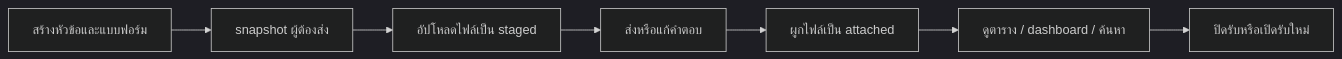
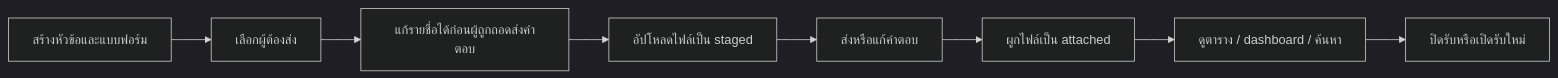
The second of 2 diagrams in sdms-overview.md (FhLk/SDMS-Backend), drawn with Mermaid (dark theme) before and after one commit. The commit also changed other lines of this file and 18 other files, not shown here.

````diff
--- a/sdms-overview.md
+++ b/sdms-overview.md
@@ -75,9 +78,10 @@
 ```mermaid
 flowchart LR
-  A["สร้างหัวข้อและแบบฟอร์ม"] --> B["snapshot ผู้ต้องส่ง"]
-  B --> C["อัปโหลดไฟล์เป็น staged"]
-  C --> D["ส่งหรือแก้คำตอบ"]
-  D --> E["ผูกไฟล์เป็น attached"]
-  E --> F["ดูตาราง / dashboard / ค้นหา"]
-  F --> G["ปิดรับหรือเปิดรับใหม่"]
+  A["สร้างหัวข้อและแบบฟอร์ม"] --> B["เลือกผู้ต้องส่ง"]
+  B --> C["แก้รายชื่อได้ก่อนผู้ถูกถอดส่งคำตอบ"]
+  C --> D["อัปโหลดไฟล์เป็น staged"]
+  D --> E["ส่งหรือแก้คำตอบ"]
+  E --> F["ผูกไฟล์เป็น attached"]
+  F --> G["ดูตาราง / dashboard / ค้นหา"]
+  G --> H["ปิดรับหรือเปิดรับใหม่"]
 ```
````
